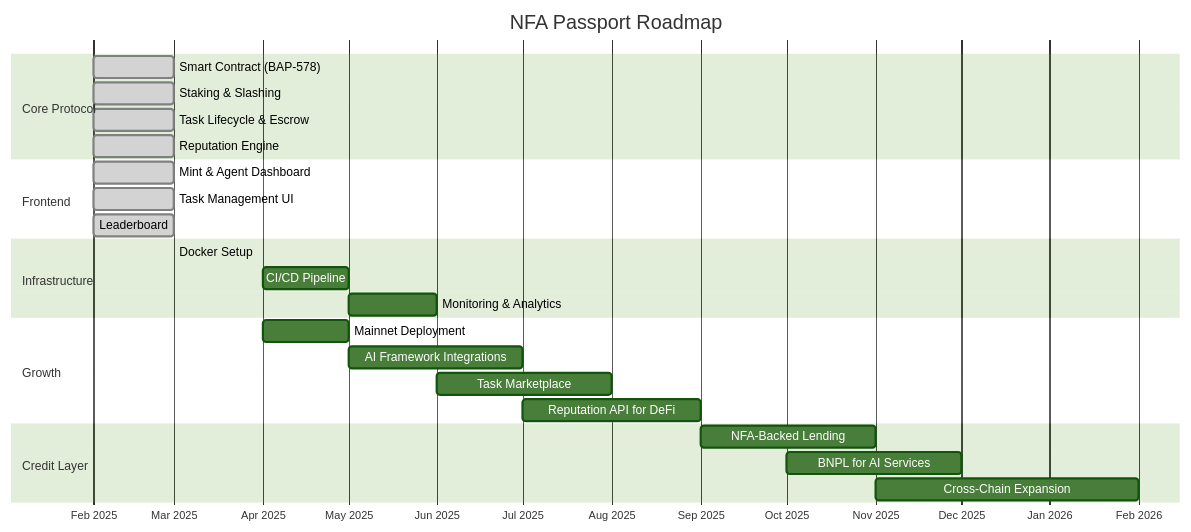
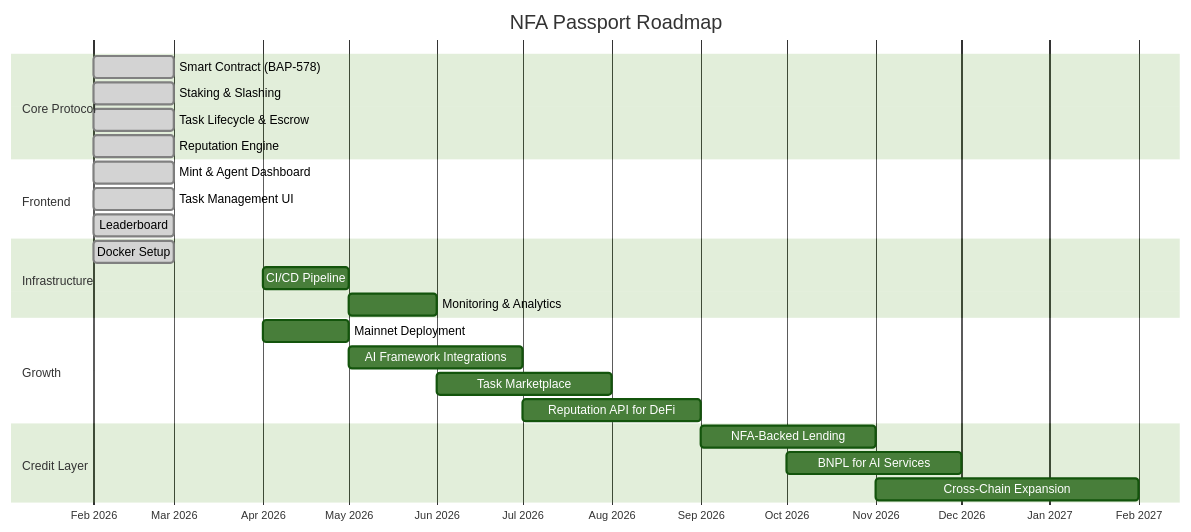
One commit to rajnishkumar13500/BNB-Hackathon changed the fifth of 5 diagrams in README.md. Above: the diagram before and after it, drawn with Mermaid (forest theme). The commit also changed other lines of this file, not shown here.

````diff
--- a/README.md
+++ b/README.md
@@ -475,33 +474,33 @@
 ```mermaid
 gantt
     title NFA Passport Roadmap
     dateFormat YYYY-MM
     axisFormat %b %Y
     
     section Core Protocol
-    Smart Contract (BAP-578)       :done, core1, 2025-02, 2025-03
-    Staking & Slashing             :done, core2, 2025-02, 2025-03
-    Task Lifecycle & Escrow        :done, core3, 2025-02, 2025-03
-    Reputation Engine              :done, core4, 2025-02, 2025-03
+    Smart Contract (BAP-578)       :done, core1, 2026-02, 2026-03
+    Staking & Slashing             :done, core2, 2026-02, 2026-03
+    Task Lifecycle & Escrow        :done, core3, 2026-02, 2026-03
+    Reputation Engine              :done, core4, 2026-02, 2026-03
     
     section Frontend
-    Mint & Agent Dashboard         :done, fe1, 2025-02, 2025-03
-    Task Management UI             :done, fe2, 2025-02, 2025-03
-    Leaderboard                    :done, fe3, 2025-02, 2025-03
+    Mint & Agent Dashboard         :done, fe1, 2026-02, 2026-03
+    Task Management UI             :done, fe2, 2026-02, 2026-03
+    Leaderboard                    :done, fe3, 2026-02, 2026-03
     
     section Infrastructure
-    Docker Setup                   :done, infra1, 2025-03, 2025-03
-    CI/CD Pipeline                 :        infra2, 2025-04, 2025-05
-    Monitoring & Analytics         :        infra3, 2025-05, 2025-06
+    Docker Setup                   :done, infra1, 2026-02, 2026-03
+    CI/CD Pipeline                 :        infra2, 2026-04, 2026-05
+    Monitoring & Analytics         :        infra3, 2026-05, 2026-06
     
     section Growth
-    Mainnet Deployment             :        grow1, 2025-04, 2025-05
-    AI Framework Integrations      :        grow2, 2025-05, 2025-07
-    Task Marketplace               :        grow3, 2025-06, 2025-08
-    Reputation API for DeFi        :        grow4, 2025-07, 2025-09
+    Mainnet Deployment             :        grow1, 2026-04, 2026-05
+    AI Framework Integrations      :        grow2, 2026-05, 2026-07
+    Task Marketplace               :        grow3, 2026-06, 2026-08
+    Reputation API for DeFi        :        grow4, 2026-07, 2026-09
     
     section Credit Layer
-    NFA-Backed Lending             :        credit1, 2025-09, 2025-11
-    BNPL for AI Services           :        credit2, 2025-10, 2025-12
-    Cross-Chain Expansion          :        credit3, 2025-11, 2026-02
+    NFA-Backed Lending             :        credit1, 2026-09, 2026-11
+    BNPL for AI Services           :        credit2, 2026-10, 2026-12
+    Cross-Chain Expansion          :        credit3, 2026-11, 2027-02
 ```
````
